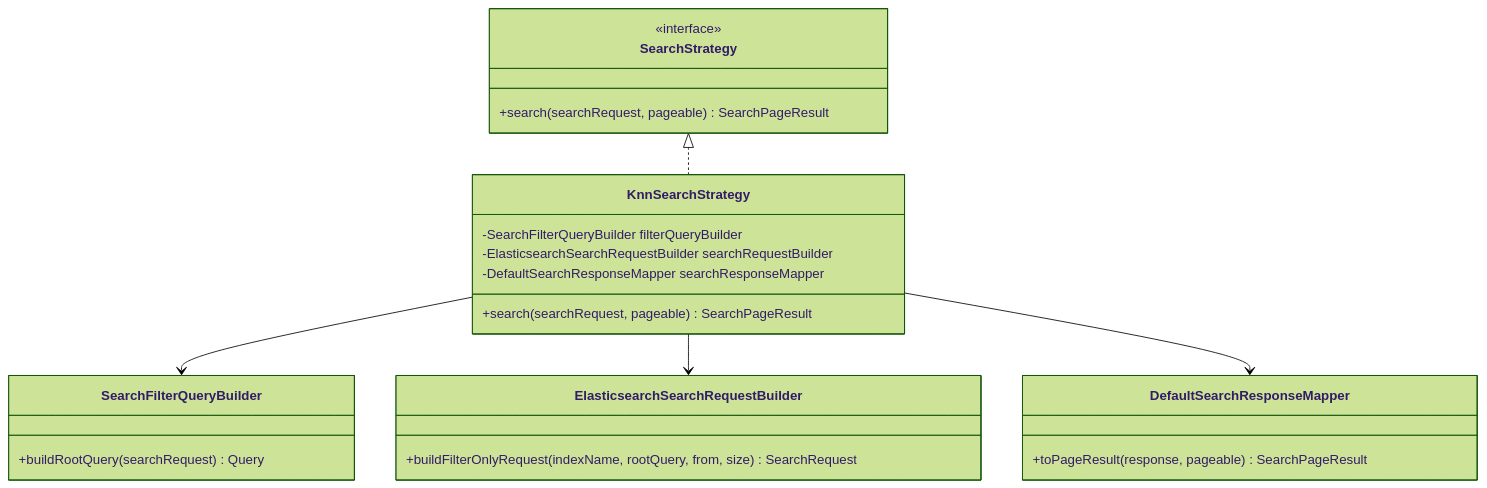
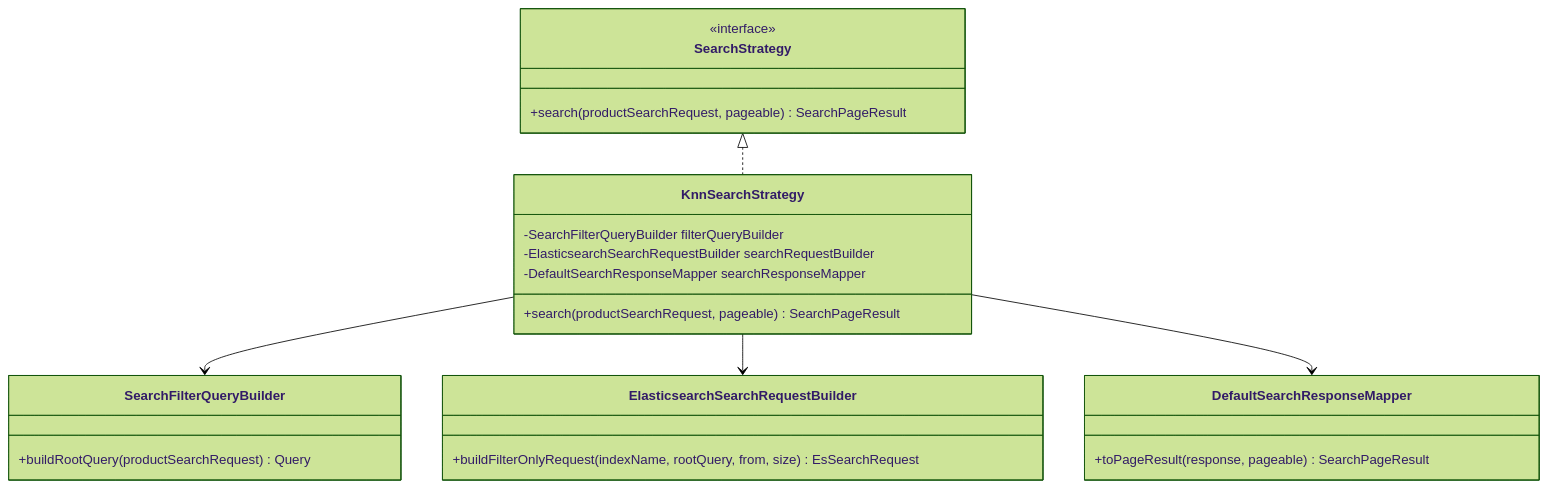
Before and after one commit to Justin-ad-Park/ai-search-gpt: the sixth of 6 diagrams in docs/12.카테고리_부스팅_코드설명.md, drawn with Mermaid (forest theme). The commit also changed other lines of this file and 18 other files, not shown here.

````diff
--- a/docs/12.카테고리_부스팅_코드설명.md
+++ b/docs/12.카테고리_부스팅_코드설명.md
@@ -197,31 +204,31 @@
 ```mermaid
 classDiagram
     class SearchStrategy {
       <<interface>>
-      +search(searchRequest, pageable) SearchPageResult
+      +search(productSearchRequest, pageable) SearchPageResult
     }
 
     class KnnSearchStrategy {
       -SearchFilterQueryBuilder filterQueryBuilder
       -ElasticsearchSearchRequestBuilder searchRequestBuilder
       -DefaultSearchResponseMapper searchResponseMapper
-      +search(searchRequest, pageable) SearchPageResult
+      +search(productSearchRequest, pageable) SearchPageResult
     }
 
     class SearchFilterQueryBuilder {
-      +buildRootQuery(searchRequest) Query
+      +buildRootQuery(productSearchRequest) Query
     }
 
     class ElasticsearchSearchRequestBuilder {
-      +buildFilterOnlyRequest(indexName, rootQuery, from, size) SearchRequest
+      +buildFilterOnlyRequest(indexName, rootQuery, from, size) EsSearchRequest
     }
 
     class DefaultSearchResponseMapper {
       +toPageResult(response, pageable) SearchPageResult
     }
 
     SearchStrategy <|.. KnnSearchStrategy
     KnnSearchStrategy --> SearchFilterQueryBuilder
     KnnSearchStrategy --> ElasticsearchSearchRequestBuilder
     KnnSearchStrategy --> DefaultSearchResponseMapper
 ```
````
